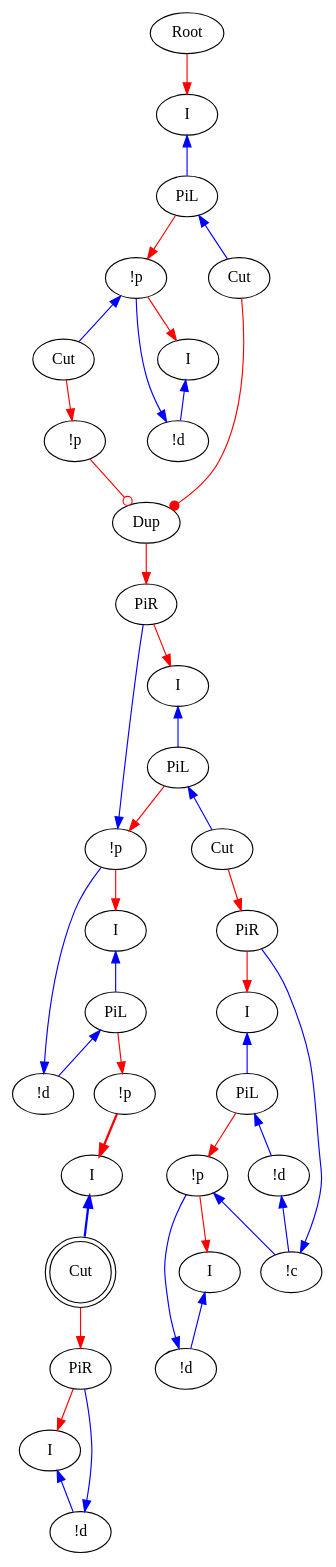
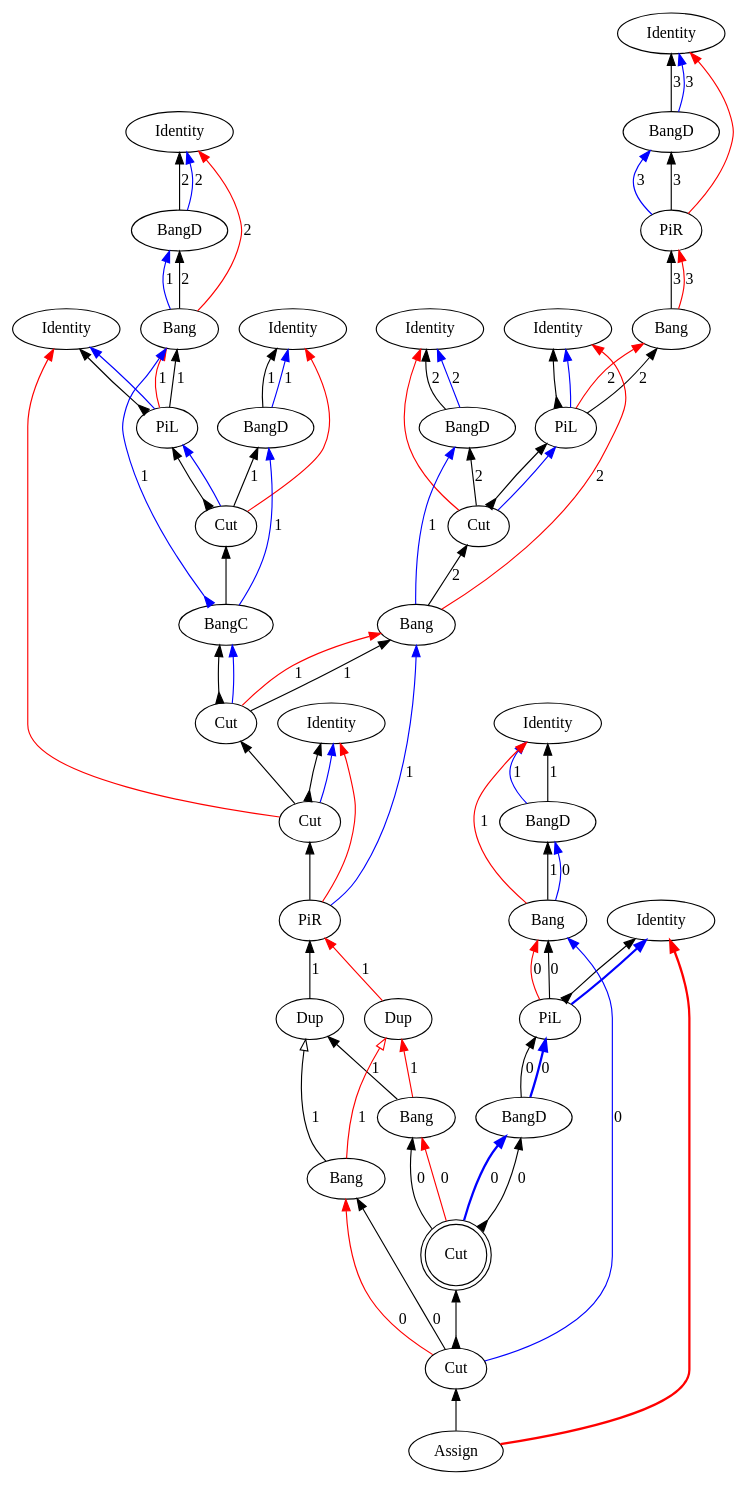
The diagram in src/core/graphs/example_m_5.dot (Mathnerd314/stroscot), drawn with Graphviz before and after one commit. The commit also changed 319 other files, not shown here.

```diff
--- a/src/core/graphs/example_m_5.dot
+++ b/src/core/graphs/example_m_5.dot
@@ -1,73 +1,115 @@
 digraph {
-"Root0" [label="Root"]
-"PiL0" [label="PiL"]
-"!p0" [label="!p"]
-"I0" [label="I"]
-"!d0" [label="!d"]
-"I1" [label="I"]
-"PiL1" [label="PiL"]
-"Cut0" [label="Cut"]
-"PiR0" [label="PiR"]
-"I2" [label="I"]
-"PiL2" [label="PiL"]
-"!d1" [label="!d"]
-"!c0" [label="!c"]
-"!p1" [label="!p"]
-"I3" [label="I"]
-"!d2" [label="!d"]
-"!p2" [label="!p"]
-"I4" [label="I"]
-"PiL3" [label="PiL"]
-"!d3" [label="!d"]
-"!p3" [label="!p"]
-"I5" [label="I"]
-"Cut1" [label="Cut",shape=doublecircle]
-"PiR1" [label="PiR"]
-"I6" [label="I"]
-"!d4" [label="!d"]
-"I7" [label="I"]
-"Dup0_0" [label="Dup"]
-"!p4" [label="!p"]
-"Cut2" [label="Cut"]
-"Cut3" [label="Cut"]
+rankdir="BT"
+"Identity0" [label="Identity"]
+"BangD1" [label="BangD"]
 "PiR2" [label="PiR"]
-"Cut2" -> "!p4"[color=red,tooltip="e1"]
-"Cut3" -> "Dup0_0"[color=red,tooltip="e2",arrowhead=dot]
-"!p4" -> "Dup0_0"[color=red,tooltip="e3",arrowhead=odot]
-"!p2" -> "PiR2"[color=blue,tooltip="h",dir=back]
-"!d3" -> "!p2"[color=blue,tooltip="hj",dir=back]
-"I1" -> "PiL1"[color=blue,tooltip="hl",dir=back]
-"PiL1" -> "Cut0"[color=blue,tooltip="hl1",dir=back]
-"Cut0" -> "PiR0"[color=red,tooltip="hl1r"]
-"I4" -> "PiL3"[color=blue,tooltip="hl2",dir=back]
-"PiL3" -> "!d3"[color=blue,tooltip="hl21",dir=back]
-"I5" -> "Cut1"[color=blue,tooltip="hl22",penwidth=2,dir=back]
-"Cut1" -> "PiR1"[color=red,tooltip="hl22r"]
-"!p3" -> "I5"[color=red,tooltip="hl2i",penwidth=2]
-"PiL3" -> "!p3"[color=red,tooltip="hl2p"]
-"!p2" -> "I4"[color=red,tooltip="hli"]
-"PiL1" -> "!p2"[color=red,tooltip="hlp"]
-"PiR2" -> "I1"[color=red,tooltip="hr"]
-"!d4" -> "PiR1"[color=blue,tooltip="i",dir=back]
-"I6" -> "!d4"[color=blue,tooltip="il",dir=back]
-"PiR1" -> "I6"[color=red,tooltip="ir"]
-"Dup0_0" -> "PiR2"[color=red,tooltip="reti"]
-"Root0" -> "I7"[color=red,tooltip="rettop"]
-"!p0" -> "Cut2"[color=blue,tooltip="x2",dir=back]
-"!d0" -> "!p0"[color=blue,tooltip="xj",dir=back]
-"I7" -> "PiL0"[color=blue,tooltip="xl",dir=back]
-"PiL0" -> "Cut3"[color=blue,tooltip="xl1",dir=back]
-"I0" -> "!d0"[color=blue,tooltip="xl2",dir=back]
-"!p0" -> "I0"[color=red,tooltip="xli"]
-"PiL0" -> "!p0"[color=red,tooltip="xlp"]
-"!c0" -> "PiR0"[color=blue,tooltip="y",dir=back]
-"!d1" -> "!c0"[color=blue,tooltip="y1",dir=back]
-"!p1" -> "!c0"[color=blue,tooltip="y2",dir=back]
-"!d2" -> "!p1"[color=blue,tooltip="yj",dir=back]
-"I2" -> "PiL2"[color=blue,tooltip="yl",dir=back]
-"PiL2" -> "!d1"[color=blue,tooltip="yl1",dir=back]
-"I3" -> "!d2"[color=blue,tooltip="yl2",dir=back]
-"!p1" -> "I3"[color=red,tooltip="yli"]
-"PiL2" -> "!p1"[color=red,tooltip="ylp"]
-"PiR0" -> "I2"[color=red,tooltip="yr"]
+"Bang3" [label="Bang"]
+"Identity4" [label="Identity"]
+"PiL5" [label="PiL"]
+"Identity6" [label="Identity"]
+"BangD7" [label="BangD"]
+"Cut8" [label="Cut"]
+"Bang9" [label="Bang"]
+"Identity10" [label="Identity"]
+"Identity11" [label="Identity"]
+"BangD12" [label="BangD"]
+"Bang13" [label="Bang"]
+"Identity14" [label="Identity"]
+"PiL15" [label="PiL"]
+"Identity16" [label="Identity"]
+"BangD17" [label="BangD"]
+"Cut18" [label="Cut"]
+"BangC19" [label="BangC"]
+"PiR20" [label="PiR"]
+"Identity21" [label="Identity"]
+"BangD22" [label="BangD"]
+"Bang23" [label="Bang"]
+"Identity24" [label="Identity"]
+"PiL25" [label="PiL"]
+"BangD26" [label="BangD"]
+"Assign27" [label="Assign"]
+"Cut28" [label="Cut"]
+"Cut29" [label="Cut"]
+"Dup30" [label="Dup"]
+"Dup31" [label="Dup"]
+"Bang32" [label="Bang"]
+"Bang33" [label="Bang"]
+"Cut34" [label="Cut",shape=doublecircle]
+"Cut35" [label="Cut"]
+"Bang23" -> "BangD22"[color=black,weight=5,tooltip="c_bseq24",label="1",arrowhead=normal,arrowtail=none,dir=both]
+"Dup30" -> "PiR20"[color=black,weight=5,tooltip="c_bseq32",label="1",arrowhead=normal,arrowtail=none,dir=both]
+"Bang13" -> "BangD12"[color=black,weight=5,tooltip="c_bseq58",label="2",arrowhead=normal,arrowtail=none,dir=both]
+"Bang9" -> "Cut8"[color=black,weight=5,tooltip="c_bseq67",label="2",arrowhead=normal,arrowtail=none,dir=both]
+"Bang3" -> "PiR2"[color=black,weight=5,tooltip="c_bseq79",label="3",arrowhead=normal,arrowtail=none,dir=both]
+"Bang32" -> "Dup30"[color=black,weight=5,tooltip="c_bseq87",label="1",arrowhead=normal,arrowtail=none,dir=both]
+"Bang33" -> "Dup30"[color=black,weight=5,tooltip="c_bseq91",label="1",arrowhead=onormal,arrowtail=none,dir=both]
+"Cut18" -> "PiL15"[color=black,weight=5,tooltip="c_lseq46",arrowhead=normal,arrowtail=inv,dir=both]
+"Cut8" -> "PiL5"[color=black,weight=5,tooltip="c_lseq68",arrowhead=normal,arrowtail=inv,dir=both]
+"Cut18" -> "BangD17"[color=black,weight=5,tooltip="c_rseq47",label="1",arrowhead=normal,arrowtail=none,dir=both]
+"Cut8" -> "BangD7"[color=black,weight=5,tooltip="c_rseq69",label="2",arrowhead=normal,arrowtail=none,dir=both]
+"PiL25" -> "Bang23"[color=black,weight=5,tooltip="dseq20",label="0",arrowhead=normal,arrowtail=none,dir=both]
+"PiL15" -> "Bang13"[color=black,weight=5,tooltip="dseq54",label="1",arrowhead=normal,arrowtail=none,dir=both]
+"Cut28" -> "Bang9"[color=black,weight=5,tooltip="dseq63",label="1",arrowhead=normal,arrowtail=none,dir=both]
+"PiL5" -> "Bang3"[color=black,weight=5,tooltip="dseq76",label="2",arrowhead=normal,arrowtail=none,dir=both]
+"Cut34" -> "Bang32"[color=black,weight=5,tooltip="dseq89",label="0",arrowhead=normal,arrowtail=none,dir=both]
+"Cut35" -> "Bang33"[color=black,weight=5,tooltip="dseq93",label="0",arrowhead=normal,arrowtail=none,dir=both]
+"PiR20" -> "Bang9"[color=blue,weight=2,tooltip="h34",label="1",arrowhead=normal,arrowtail=none,dir=both]
+"Bang9" -> "BangD7"[color=blue,weight=2,tooltip="hf65",label="1",arrowhead=normal,arrowtail=none,dir=both]
+"BangD7" -> "Identity6"[color=blue,weight=2,tooltip="hret73",label="2",arrowhead=normal,arrowtail=none,dir=both]
+"BangD7" -> "Identity6"[color=black,weight=5,tooltip="hseq72",label="2",arrowhead=normal,arrowtail=none,dir=both]
+"PiR2" -> "BangD1"[color=blue,weight=2,tooltip="i81",label="3",arrowhead=normal,arrowtail=none,dir=both]
+"PiL25" -> "Identity24"[color=black,weight=5,tooltip="idseq21",arrowhead=normal,arrowtail=inv,dir=both]
+"PiL15" -> "Identity14"[color=black,weight=5,tooltip="idseq55",arrowhead=normal,arrowtail=inv,dir=both]
+"Cut29" -> "Identity10"[color=black,weight=5,tooltip="idseq64",arrowhead=normal,arrowtail=inv,dir=both]
+"PiL5" -> "Identity4"[color=black,weight=5,tooltip="idseq77",arrowhead=normal,arrowtail=inv,dir=both]
+"BangD1" -> "Identity0"[color=blue,weight=2,tooltip="iret84",label="3",arrowhead=normal,arrowtail=none,dir=both]
+"BangD1" -> "Identity0"[color=black,weight=5,tooltip="iseq83",label="3",arrowhead=normal,arrowtail=none,dir=both]
+"PiL25" -> "Identity24"[color=blue,weight=2,tooltip="lret19",arrowhead=normal,arrowtail=none,penwidth=2,dir=both]
+"PiL15" -> "Identity14"[color=blue,weight=2,tooltip="lret53",arrowhead=normal,arrowtail=none,dir=both]
+"Cut29" -> "Identity10"[color=blue,weight=2,tooltip="lret62",arrowhead=normal,arrowtail=none,dir=both]
+"PiL5" -> "Identity4"[color=blue,weight=2,tooltip="lret75",arrowhead=normal,arrowtail=none,dir=both]
+"BangD26" -> "PiL25"[color=blue,weight=2,tooltip="lval14",label="0",arrowhead=normal,arrowtail=none,penwidth=2,dir=both]
+"Cut18" -> "PiL15"[color=blue,weight=2,tooltip="lval48",arrowhead=normal,arrowtail=none,dir=both]
+"Cut8" -> "PiL5"[color=blue,weight=2,tooltip="lval70",arrowhead=normal,arrowtail=none,dir=both]
+"PiL25" -> "Bang23"[color=red,weight=2,tooltip="newrret18",label="0",arrowhead=normal,arrowtail=none,dir=both]
+"PiL15" -> "Bang13"[color=red,weight=2,tooltip="newrret52",label="1",arrowhead=normal,arrowtail=none,dir=both]
+"Cut28" -> "Bang9"[color=red,weight=2,tooltip="newrret61",label="1",arrowhead=normal,arrowtail=none,dir=both]
+"PiL5" -> "Bang3"[color=red,weight=2,tooltip="newrret74",label="2",arrowhead=normal,arrowtail=none,dir=both]
+"Cut34" -> "Bang32"[color=red,weight=2,tooltip="newrret90",label="0",arrowhead=normal,arrowtail=none,dir=both]
+"Cut35" -> "Bang33"[color=red,weight=2,tooltip="newrret94",label="0",arrowhead=normal,arrowtail=none,dir=both]
+"Bang23" -> "Identity21"[color=red,weight=2,tooltip="newrretf23",label="1",arrowhead=normal,arrowtail=none,dir=both]
+"Dup31" -> "PiR20"[color=red,weight=2,tooltip="newrretf31",label="1",arrowhead=normal,arrowtail=none,dir=both]
+"Bang13" -> "Identity11"[color=red,weight=2,tooltip="newrretf57",label="2",arrowhead=normal,arrowtail=none,dir=both]
+"Bang9" -> "Identity4"[color=red,weight=2,tooltip="newrretf66",label="2",arrowhead=normal,arrowtail=none,dir=both]
+"Bang3" -> "PiR2"[color=red,weight=2,tooltip="newrretf78",label="3",arrowhead=normal,arrowtail=none,dir=both]
+"Bang32" -> "Dup31"[color=red,weight=2,tooltip="newrretf88",label="1",arrowhead=normal,arrowtail=none,dir=both]
+"Bang33" -> "Dup31"[color=red,weight=2,tooltip="newrretf92",label="1",arrowhead=onormal,arrowtail=none,dir=both]
+"PiR20" -> "Identity10"[color=red,weight=2,tooltip="ret35",arrowhead=normal,arrowtail=none,dir=both]
+"Cut29" -> "Identity14"[color=red,weight=2,tooltip="ret42",arrowhead=normal,arrowtail=none,dir=both]
+"Assign27" -> "Identity24"[color=red,weight=2,tooltip="ret8",arrowhead=normal,arrowtail=none,penwidth=2,dir=both]
+"PiR2" -> "Identity0"[color=red,weight=2,tooltip="ret82",arrowhead=normal,arrowtail=none,dir=both]
+"Assign27" -> "Cut35"[color=black,weight=5,tooltip="retseq0",arrowhead=normal,arrowtail=none,dir=both]
+"Cut18" -> "Identity16"[color=red,weight=2,tooltip="rval49",arrowhead=normal,arrowtail=none,dir=both]
+"Cut8" -> "Identity6"[color=red,weight=2,tooltip="rval71",arrowhead=normal,arrowtail=none,dir=both]
+"Cut34" -> "BangD26"[color=black,weight=5,tooltip="seq11",label="0",arrowhead=normal,arrowtail=inv,dir=both]
+"PiR20" -> "Cut29"[color=black,weight=5,tooltip="seq33",arrowhead=normal,arrowtail=none,dir=both]
+"Cut28" -> "BangC19"[color=black,weight=5,tooltip="seq40",arrowhead=normal,arrowtail=inv,dir=both]
+"BangC19" -> "Cut18"[color=black,weight=5,tooltip="seq45",arrowhead=normal,arrowtail=none,dir=both]
+"PiR2" -> "BangD1"[color=black,weight=5,tooltip="seq80",label="3",arrowhead=normal,arrowtail=none,dir=both]
+"Cut35" -> "Cut34"[color=black,weight=5,tooltip="seqBC95",arrowhead=normal,arrowtail=inv,dir=both]
+"Cut29" -> "Cut28"[color=black,weight=5,tooltip="seqP86",arrowhead=normal,arrowtail=none,dir=both]
+"Cut34" -> "BangD26"[color=blue,weight=2,tooltip="xA9",label="0",arrowhead=normal,arrowtail=none,penwidth=2,dir=both]
+"Cut35" -> "Bang23"[color=blue,weight=2,tooltip="xB10",label="0",arrowhead=normal,arrowtail=none,dir=both]
+"Bang23" -> "BangD22"[color=blue,weight=2,tooltip="xBf22",label="0",arrowhead=normal,arrowtail=none,dir=both]
+"BangD22" -> "Identity21"[color=blue,weight=2,tooltip="xret26",label="1",arrowhead=normal,arrowtail=none,dir=both]
+"BangD26" -> "PiL25"[color=black,weight=5,tooltip="xseq16",label="0",arrowhead=normal,arrowtail=none,dir=both]
+"BangD22" -> "Identity21"[color=black,weight=5,tooltip="xseq25",label="1",arrowhead=normal,arrowtail=none,dir=both]
+"Cut28" -> "BangC19"[color=blue,weight=2,tooltip="y41",arrowhead=normal,arrowtail=none,dir=both]
+"BangC19" -> "BangD17"[color=blue,weight=2,tooltip="yA43",label="1",arrowhead=normal,arrowtail=none,dir=both]
+"BangC19" -> "Bang13"[color=blue,weight=2,tooltip="yB44",label="1",arrowhead=normal,arrowtail=inv,dir=both]
+"Bang13" -> "BangD12"[color=blue,weight=2,tooltip="yBf56",label="1",arrowhead=normal,arrowtail=none,dir=both]
+"BangD17" -> "Identity16"[color=blue,weight=2,tooltip="yret51",label="1",arrowhead=normal,arrowtail=none,dir=both]
+"BangD12" -> "Identity11"[color=blue,weight=2,tooltip="yret60",label="2",arrowhead=normal,arrowtail=none,dir=both]
+"BangD17" -> "Identity16"[color=black,weight=5,tooltip="yseq50",label="1",arrowhead=normal,arrowtail=none,dir=both]
+"BangD12" -> "Identity11"[color=black,weight=5,tooltip="yseq59",label="2",arrowhead=normal,arrowtail=none,dir=both]
 }
```
